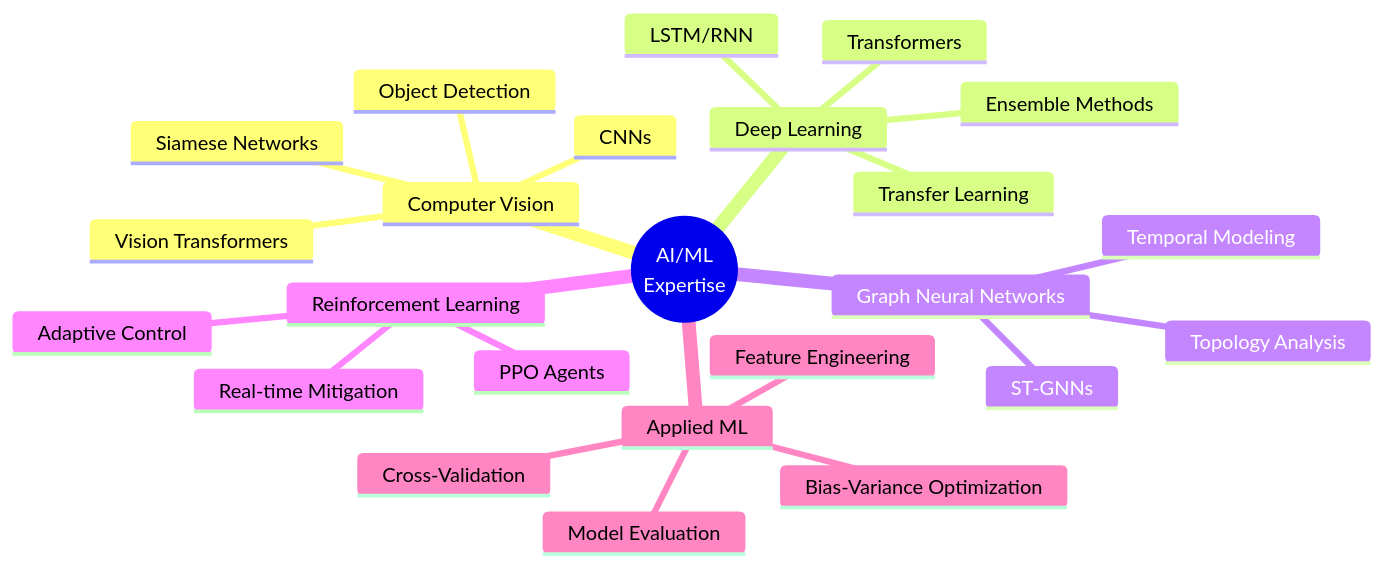
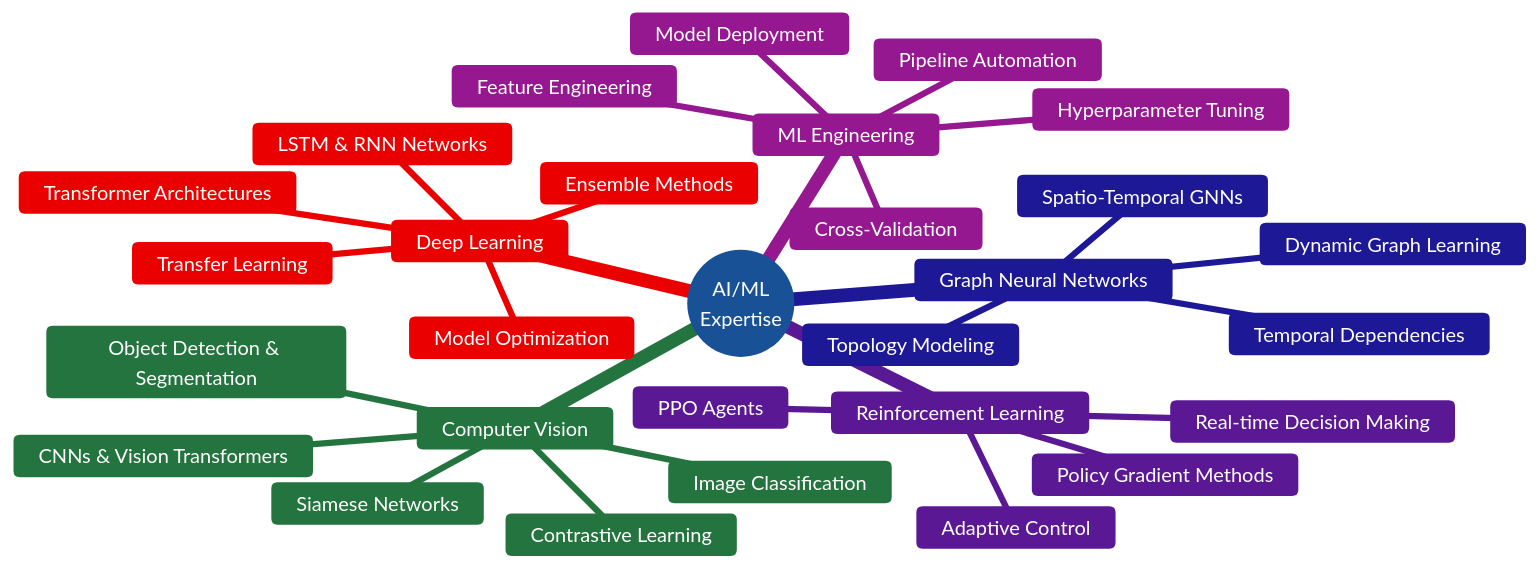
One commit to VaibhavChaudhary14/Vaibhav-Chaudhary changed the third of 4 diagrams in README.md. Above: the diagram before and after it, drawn with Mermaid. The commit also changed other lines of this file, not shown here.

````diff
--- a/README.md
+++ b/README.md
@@ -137,27 +394,33 @@
 ```mermaid
+%%{init: {'theme':'base', 'themeVariables': { 'primaryColor':'#4A90E2','primaryTextColor':'#fff','primaryBorderColor':'#2E5C8A','lineColor':'#F8B229','secondaryColor':'#50C878','tertiaryColor':'#FF6B6B'}}}%%
 mindmap
   root((AI/ML<br/>Expertise))
     Computer Vision
-      CNNs
-      Vision Transformers
+      CNNs & Vision Transformers
+      Object Detection & Segmentation
       Siamese Networks
-      Object Detection
+      Contrastive Learning
+      Image Classification
     Deep Learning
-      Transformers
-      LSTM/RNN
+      Transformer Architectures
+      LSTM & RNN Networks
       Ensemble Methods
       Transfer Learning
+      Model Optimization
     Graph Neural Networks
-      ST-GNNs
-      Temporal Modeling
-      Topology Analysis
+      Spatio-Temporal GNNs
+      Topology Modeling
+      Dynamic Graph Learning
+      Temporal Dependencies
     Reinforcement Learning
+      Policy Gradient Methods
       PPO Agents
       Adaptive Control
-      Real-time Mitigation
-    Applied ML
+      Real-time Decision Making
+    ML Engineering
       Feature Engineering
-      Model Evaluation
-      Bias-Variance Optimization
       Cross-Validation
+      Hyperparameter Tuning
+      Model Deployment
+      Pipeline Automation
 ```
````
